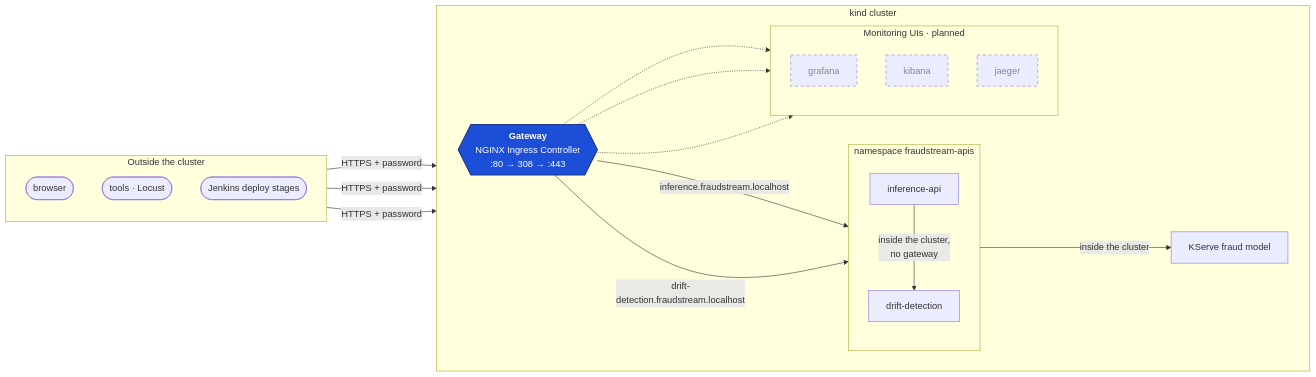
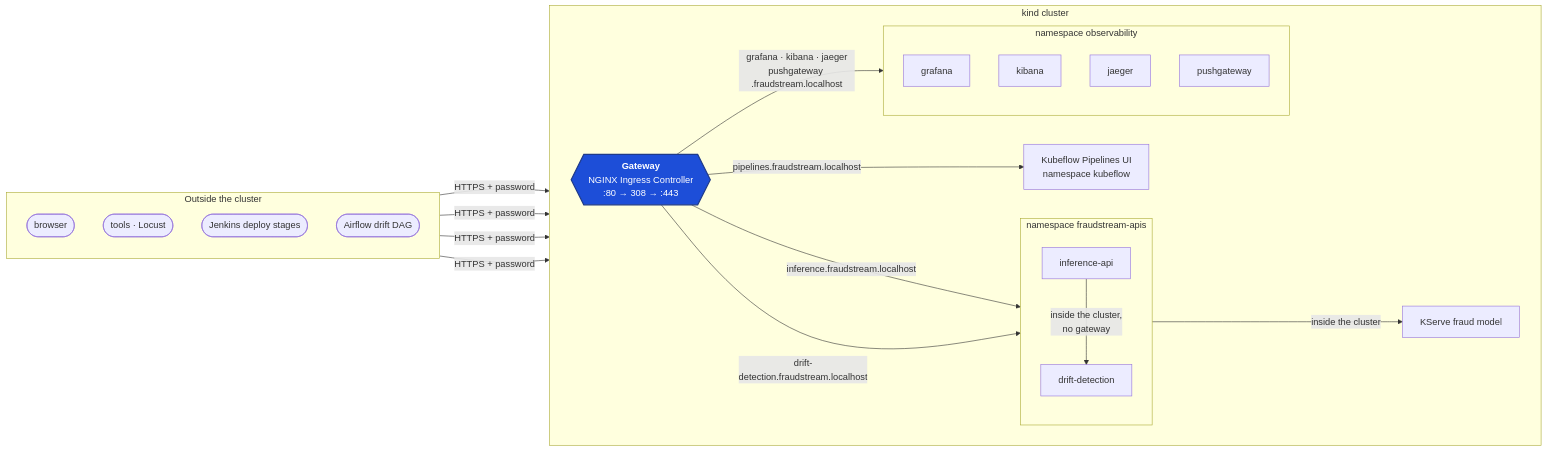
One commit to hiendat04/fraudstream changed the first of 3 diagrams in docs/24_gateway.md. Above: the diagram before and after it, drawn with Mermaid. The commit also changed other lines of this file and 22 other files, not shown here.

````diff
--- a/docs/24_gateway.md
+++ b/docs/24_gateway.md
@@ -11,40 +11,44 @@
 ```mermaid
 flowchart LR
     subgraph CLIENTS["Outside the cluster"]
         direction TB
         B(["browser"])
         T(["tools · Locust"])
         J(["Jenkins deploy stages"])
+        A(["Airflow drift DAG"])
     end
 
     subgraph NODE["kind cluster"]
         direction LR
         GW{{"<b>Gateway</b><br/>NGINX Ingress Controller<br/>:80 → 308 → :443"}}
 
         subgraph APIS["namespace fraudstream-apis"]
             direction TB
             INF["inference-api"]
             DRIFT["drift-detection"]
         end
 
-        subgraph LATER["Monitoring UIs · planned"]
+        subgraph MON["namespace observability"]
             direction TB
-            GR["grafana"]:::later
-            KI["kibana"]:::later
-            JA["jaeger"]:::later
+            GR["grafana"]
+            KI["kibana"]
+            JA["jaeger"]
+            PG["pushgateway"]
         end
+
+        KFP["Kubeflow Pipelines UI<br/>namespace kubeflow"]
 
         MODEL["KServe fraud model"]
     end
 
-    B & T & J -- "HTTPS + password" --> GW
+    B & T & J & A -- "HTTPS + password" --> GW
     GW -- "inference.fraudstream.localhost" --> INF
     GW -- "drift-detection.fraudstream.localhost" --> DRIFT
-    GW -.-> GR & KI & JA
+    GW -- "grafana · kibana · jaeger<br/>pushgateway .fraudstream.localhost" --> MON
+    GW -- "pipelines.fraudstream.localhost" --> KFP
     INF -- "inside the cluster,<br/>no gateway" --> DRIFT
     INF -- "inside the cluster" --> MODEL
 
-    classDef later stroke-dasharray: 5 5,color:#888
     classDef gateway fill:#1d4ed8,stroke:#1e3a8a,stroke-width:2px,color:#ffffff
     class GW gateway
 ```
````
